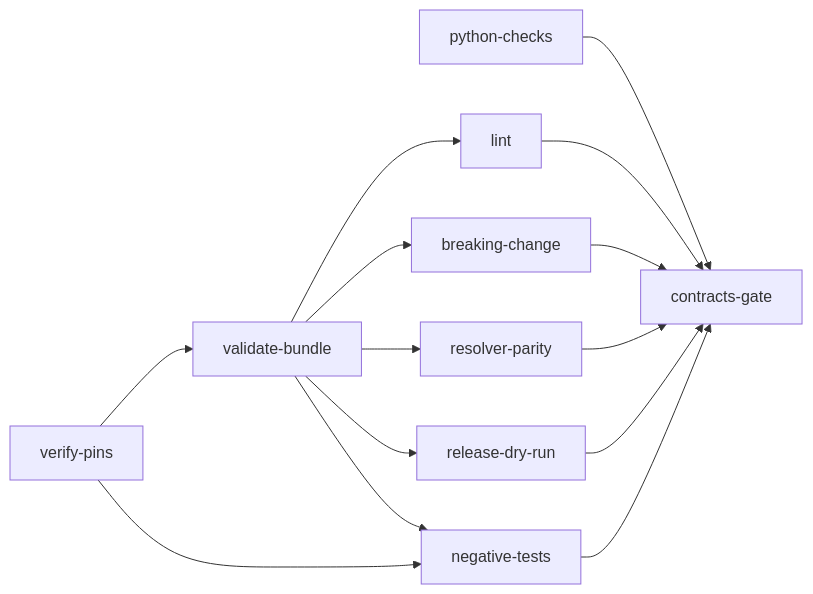
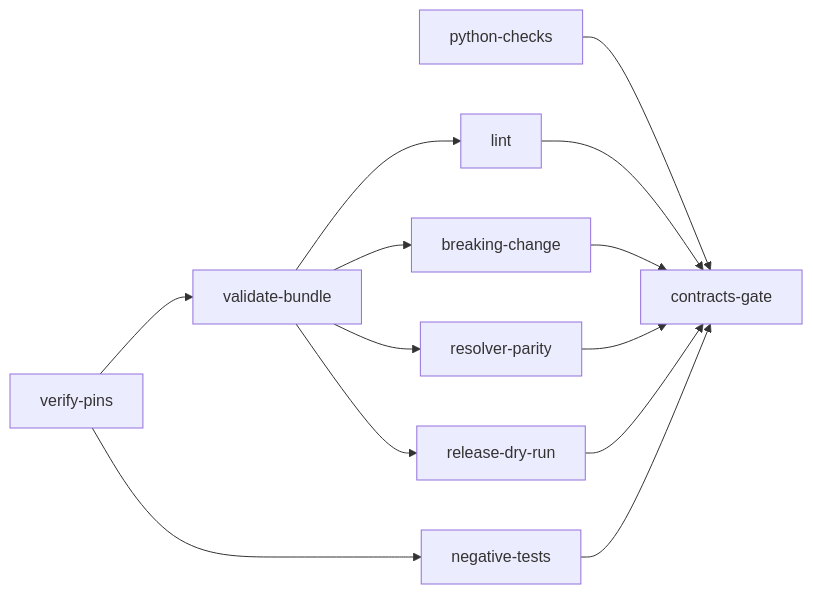
The diagram in kitty-specs/mission-status-contract-v1-01M3WC5X/plan.md (spec-kitty/spec-kitty), drawn with Mermaid before and after one commit. The commit also changed other lines of this file and 7 other files, not shown here.

````diff
--- a/kitty-specs/mission-status-contract-v1-01M3WC5X/plan.md
+++ b/kitty-specs/mission-status-contract-v1-01M3WC5X/plan.md
@@ -293,17 +325,16 @@
 ```mermaid
 flowchart LR
   pins[verify-pins] --> vb[validate-bundle]
+  pins --> neg[negative-tests]
   pc[python-checks]
   vb --> lint
   vb --> bc[breaking-change]
   vb --> par[resolver-parity]
   vb --> rd[release-dry-run]
-  vb --> neg[negative-tests]
-  pins --> neg
   pc --> gate[contracts-gate]
   lint --> gate
   bc --> gate
   par --> gate
   rd --> gate
   neg --> gate
 ```
````
